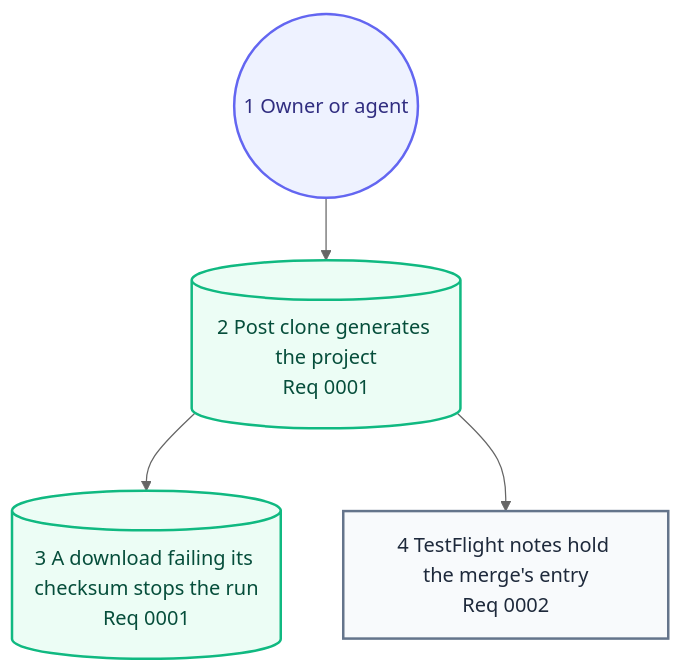
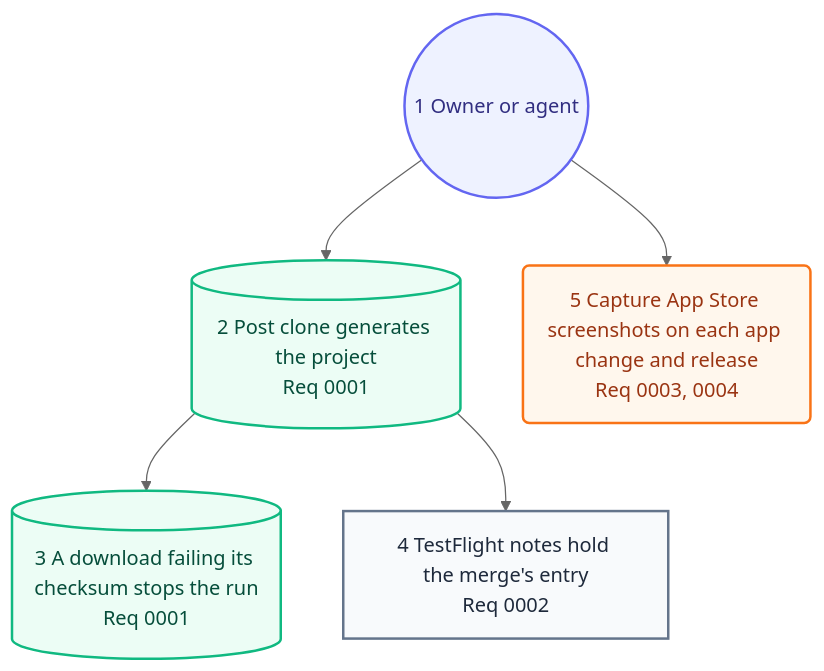
Before and after one commit to may-journal/xcode-tooling: the second of 2 diagrams in docs/architecture/05-user-journey.md, drawn with Mermaid (neutral theme). The commit also changed other lines of this file and 14 other files, not shown here.

First line of the commit message:
feat(screenshots): capture App Store screenshots for any app on change and release (#22)

````diff
--- a/docs/architecture/05-user-journey.md
+++ b/docs/architecture/05-user-journey.md
@@ -32,16 +32,18 @@
 ```mermaid
 flowchart TB
     owner((1 Owner or agent)):::persona
     clone[(2 Post clone generates the project<br/>Req 0001)]:::system
     mismatch[(3 A download failing its checksum stops the run<br/>Req 0001)]:::system
     notes[4 TestFlight notes hold the merge's entry<br/>Req 0002]:::screen
+    shots(5 Capture App Store screenshots on each app change and release<br/>Req 0003, 0004):::action
 
     owner --> clone
     clone --> mismatch
     clone --> notes
+    owner --> shots
 
     classDef persona fill:#eef2ff,stroke:#6366f1,color:#312e81,stroke-width:2px
     classDef screen fill:#f8fafc,stroke:#64748b,color:#1e293b,stroke-width:2px
     classDef action fill:#fff7ed,stroke:#f97316,color:#9a3412,stroke-width:2px
     classDef system fill:#ecfdf5,stroke:#10b981,color:#064e3b,stroke-width:2px
 ```
````
